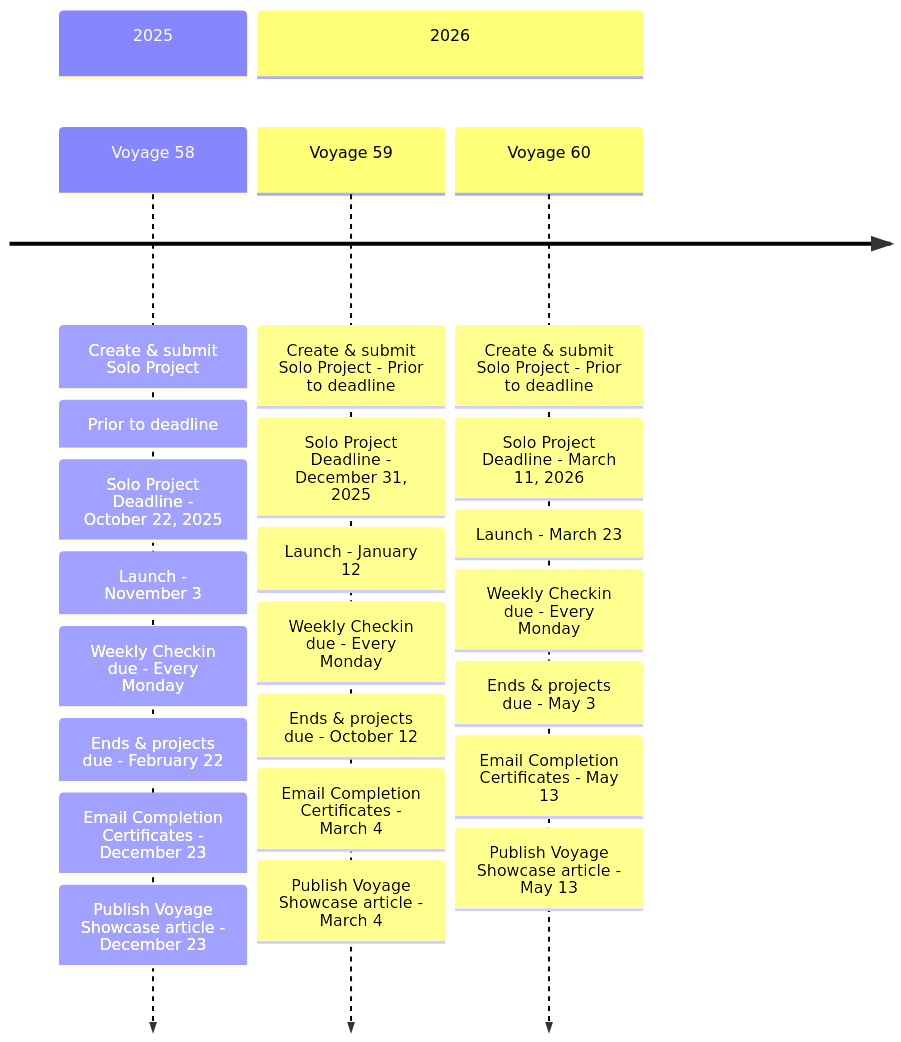
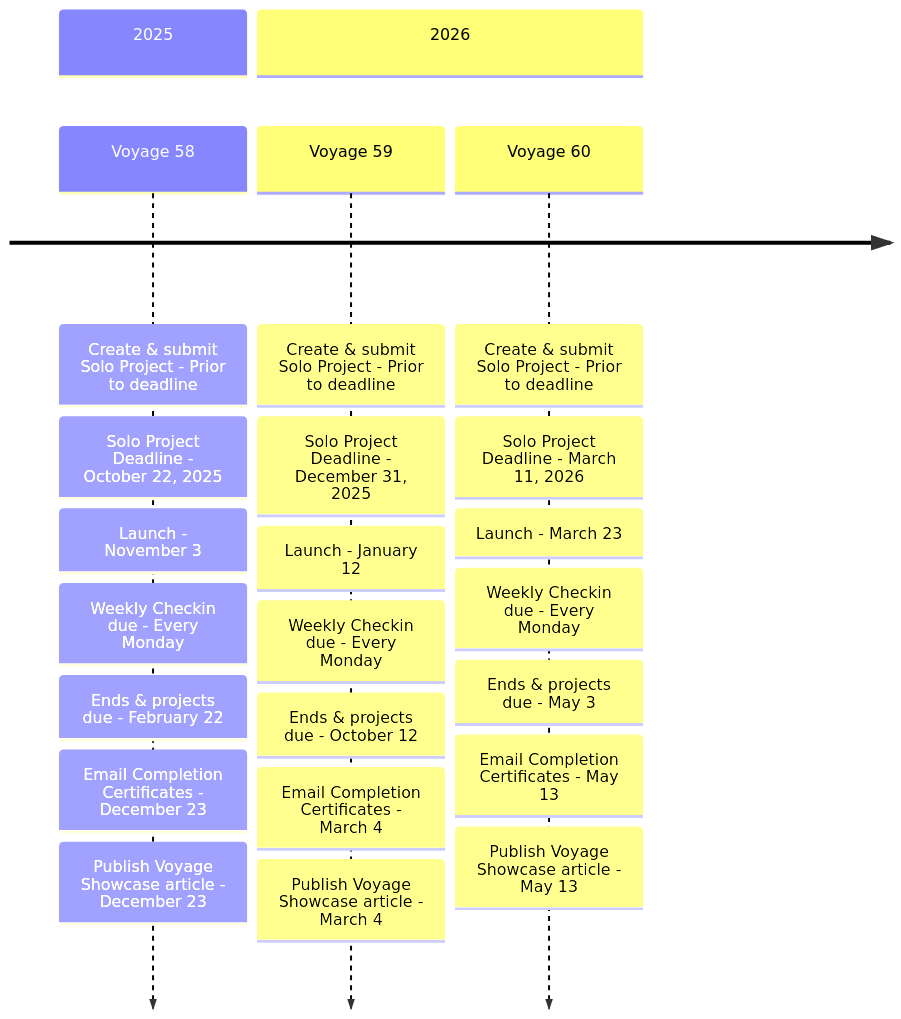
Before and after one commit to chingu-voyages/Handbook: the first of 3 diagrams in docs/guides/voyage/voyage.md, drawn with Mermaid.

Commit message:
Feature: Reformat voyage schedule timeline sections

````diff
--- a/docs/guides/voyage/voyage.md
+++ b/docs/guides/voyage/voyage.md
@@ -31,26 +31,26 @@
 ```mermaid
   timeline
     section 2025
-      Voyage 58: Create & submit Solo Project: Prior to deadline
+      Voyage 58: Create & submit Solo Project - Prior to deadline
                : Solo Project Deadline - October 22, 2025
                : Launch - November 3
                : Weekly Checkin due - Every Monday
                : Ends & projects due - February 22
                : Email Completion Certificates - December 23
                : Publish Voyage Showcase article - December 23
     section 2026
       Voyage 59: Create & submit Solo Project - Prior to deadline
                : Solo Project Deadline - December 31, 2025
                : Launch - January 12
                : Weekly Checkin due - Every Monday
                : Ends & projects due - October 12
                : Email Completion Certificates - March 4
                : Publish Voyage Showcase article - March 4
       Voyage 60: Create & submit Solo Project - Prior to deadline
                : Solo Project Deadline - March 11, 2026
                : Launch - March 23 
                : Weekly Checkin due - Every Monday
                : Ends & projects due - May 3
                : Email Completion Certificates - May 13
                : Publish Voyage Showcase article - May 13
 ```
````
